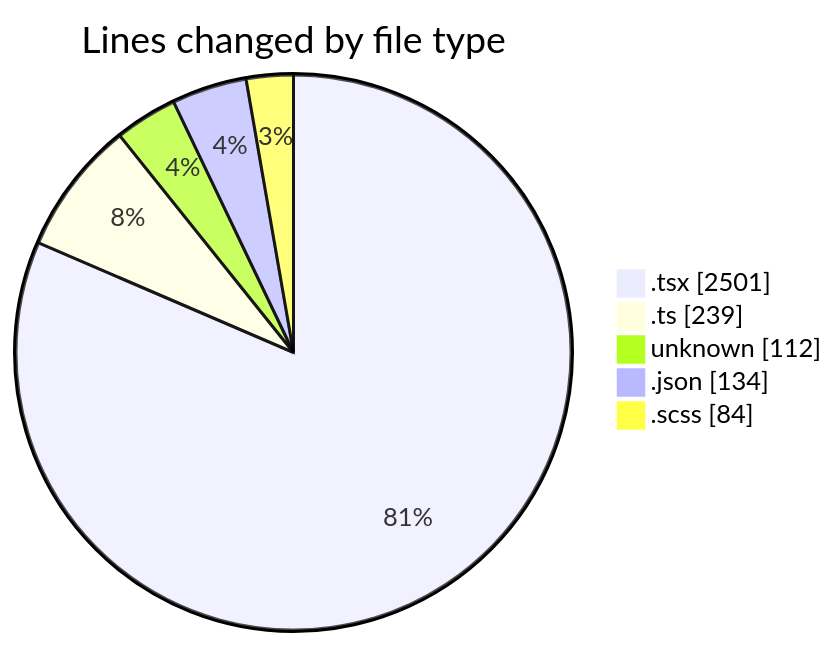
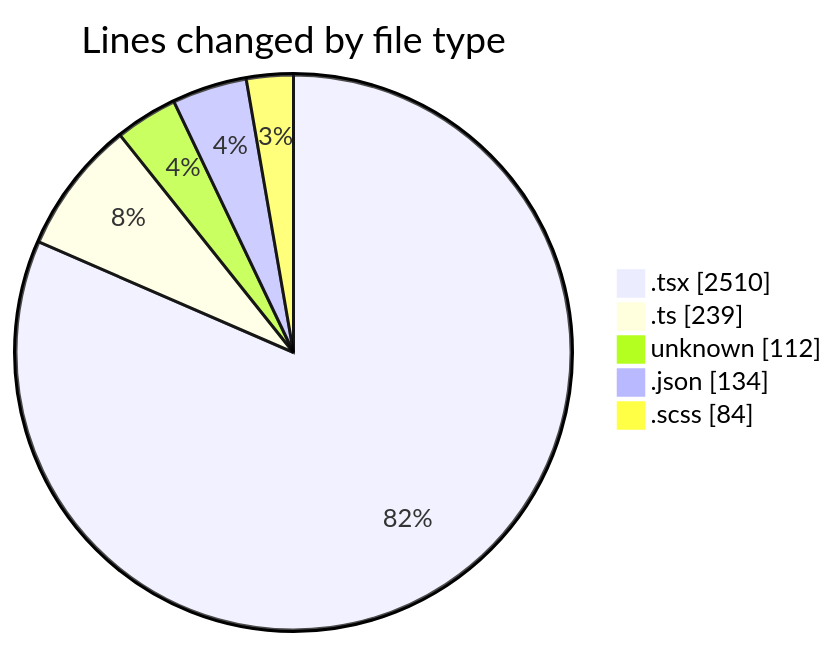
The first of 2 diagrams in 2026-04-28/cda/README.md (momahboobian/code-tracking), drawn with Mermaid before and after one commit. The commit also changed other lines of this file and 1 other file, not shown here.

````diff
--- a/2026-04-28/cda/README.md
+++ b/2026-04-28/cda/README.md
@@ -46,9 +46,9 @@
 ```mermaid
 pie showData
 title Lines changed by file type
-".tsx" : 2501
+".tsx" : 2510
 ".ts" : 239
 "unknown" : 112
 ".json" : 134
 ".scss" : 84
 ```
````
